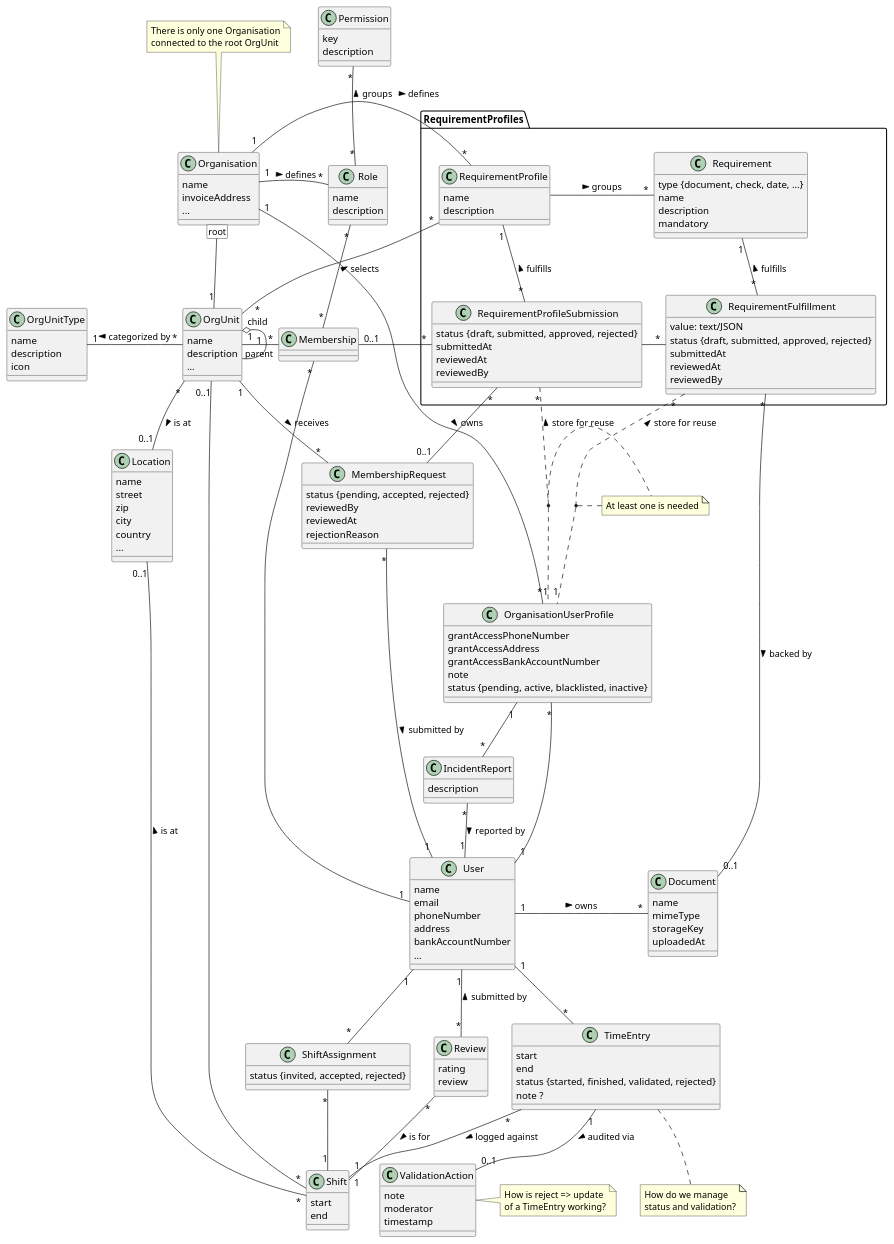
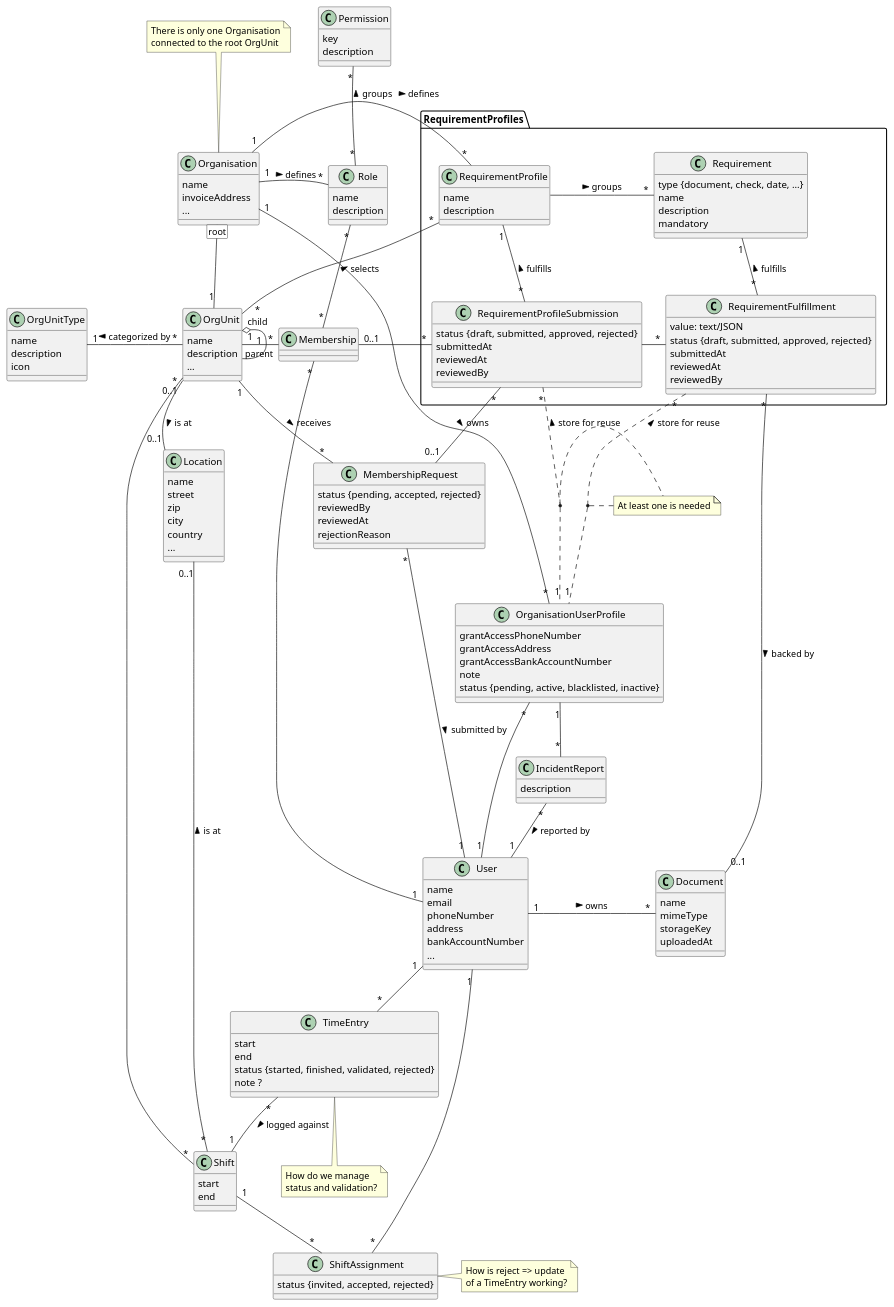
Before and after one commit to holi-social/caluno: the diagram in models/model.plantuml, drawn with PlantUML.

Commit message:
mode: remove Review and ValidationAction for now

```diff
--- a/models/model.plantuml
+++ b/models/model.plantuml
@@ -1,168 +1,155 @@
 @startuml clippy
 class Organisation {
     name
     invoiceAddress
     ...
 }
 note top: There is only one Organisation\nconnected to the root OrgUnit
 class OrgUnit {
     name
     description
     ...
 }
 class OrgUnitType {
     name
     description
     icon
 }
 class Location {
     name
     street
     zip
     city
     country
     ...
 }
 class User {
     name
     email
     phoneNumber
     address
     bankAccountNumber
     ...
 }
 class OrganisationUserProfile {
     grantAccessPhoneNumber
     grantAccessAddress
     grantAccessBankAccountNumber
     note
     status {pending, active, blacklisted, inactive}
 }
 class IncidentReport {
     description
 }
 class Shift {
     start
     end
 }
 class TimeEntry {
     start
     end
     status {started, finished, validated, rejected}
     note ?
 }
 note bottom: How do we manage\nstatus and validation?
 class Membership {
 }
 class Role {
     name
     description
 }
 class Permission {
     key
     description
 }
 class MembershipRequest {
     status {pending, accepted, rejected}
     reviewedBy
     reviewedAt
     rejectionReason
 }
 class ShiftAssignment {
     status {invited, accepted, rejected}
-}
-' allows a user to rate or give feedback about a shift experience
-class Review {
-    rating
-    review
-}
-class ValidationAction {
-    note
-    moderator
-    timestamp
 }
 note right: How is reject => update\nof a TimeEntry working?
 package RequirementProfiles {
     class RequirementProfile {
         name
         description
     }
     class Requirement {
         type {document, check, date, ...}
         name
         description
         mandatory
     }
     class RequirementProfileSubmission {
         status {draft, submitted, approved, rejected}
         submittedAt
         reviewedAt
         reviewedBy
     }
     class RequirementFulfillment {
         value: text/JSON
         status {draft, submitted, approved, rejected}
         submittedAt
         reviewedAt
         reviewedBy
     }
 }
 class Document {
     name
     mimeType
     storageKey
     uploadedAt
 }
 
 
 
 Organisation [root] -down- "1" OrgUnit
 OrgUnit "*" -left- "1" OrgUnitType : "categorized by >"
 OrgUnit "*\nchild" o-- "1\nparent" OrgUnit
 OrgUnit "0..1" -- "*" Shift
 
 OrgUnit "1" -right- "*" Membership
 Membership "*" -down- "1" User
 
 Organisation "1" -- "*"OrganisationUserProfile : "owns >"
 OrganisationUserProfile "*" -- "1" User
 
 OrgUnit "1" -down- "*" MembershipRequest : "receives >"
 MembershipRequest "*" -right- "1" User : "submitted by >"
 
 OrgUnit "*" -- "0..1" Location : "is at >"
 Location "0..1" -- "*" Shift : "is at <"
 
 Role "*" -up- "*" Permission : "groups >"
 Role "*" -- "*" Membership
 Organisation "1" -right- "*" Role : "defines >"
 
 OrgUnit -up- "*" RequirementProfile : selects >
 Organisation "1" -right- "*" RequirementProfile : "defines >"
 RequirementProfile -right- "*" Requirement : "groups >"
 User "1" -right- "*" Document : "owns >"
 RequirementFulfillment "*" -down- "0..1" Document : "backed by >"
 Membership "0..1" -right- "*" RequirementProfileSubmission
 RequirementProfileSubmission -right- "*" RequirementFulfillment
 ' 
 MembershipRequest "0..1" -left- "*" RequirementProfileSubmission
 RequirementProfileSubmission "*" -up- "1" RequirementProfile : "fulfills >"
 RequirementFulfillment "*" -up- "1" Requirement : "fulfills >"
 RequirementFulfillment "*" .. "1" OrganisationUserProfile : "store for reuse <"
 RequirementProfileSubmission "*" .. "1" OrganisationUserProfile : "store for reuse <"
 note "At least one is needed" as Note1
 (RequirementProfileSubmission, OrganisationUserProfile) .. Note1
 (RequirementFulfillment, OrganisationUserProfile) .. Note1
 
 OrganisationUserProfile "1" -- "*" IncidentReport
 IncidentReport "*" -- "1" User : "reported by >"
 
-ShiftAssignment "*" -up- "1" User
-Shift "1" -up- "*" ShiftAssignment
-Review "*" -up- "1" User : "submitted by >"
-Shift "1" -up- "*" Review : "is for <"
-TimeEntry "*" -up- "1" User
+User "1" -- "*" ShiftAssignment
+Shift "1" -- "*" ShiftAssignment
+User "1" -- "*" TimeEntry
 TimeEntry "*" -- "1" Shift : "logged against >"
-TimeEntry "1" -- "0..1" ValidationAction : "audited via >"
 
 @enduml
```
